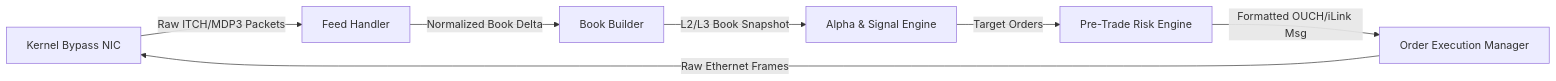
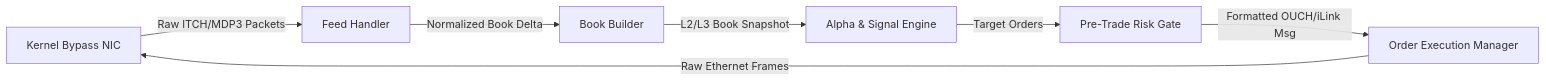
Before and after one commit to shreejitverma/SDE-Interview-Prep: the diagram in 14-Low-Latency-Systems/11 - Participant-Side Systems/MOC - 11 Participant-Side Systems.md, drawn with Mermaid. The commit also changed other lines of this file and 16 other files, not shown here.

````diff
--- a/14-Low-Latency-Systems/11 - Participant-Side Systems/MOC - 11 Participant-Side Systems.md
+++ b/14-Low-Latency-Systems/11 - Participant-Side Systems/MOC - 11 Participant-Side Systems.md
@@ -13,9 +13,9 @@
 ```mermaid
 flowchart LR
     NIC[Kernel Bypass NIC] -->|Raw ITCH/MDP3 Packets| FH[Feed Handler]
     FH -->|Normalized Book Delta| BB[Book Builder]
     BB -->|L2/L3 Book Snapshot| SIG[Alpha & Signal Engine]
-    SIG -->|Target Orders| PR[Pre-Trade Risk Engine]
+    SIG -->|Target Orders| PR[Pre-Trade Risk Gate]
     PR -->|Formatted OUCH/iLink Msg| OE[Order Execution Manager]
     OE -->|Raw Ethernet Frames| NIC
 ```
````
